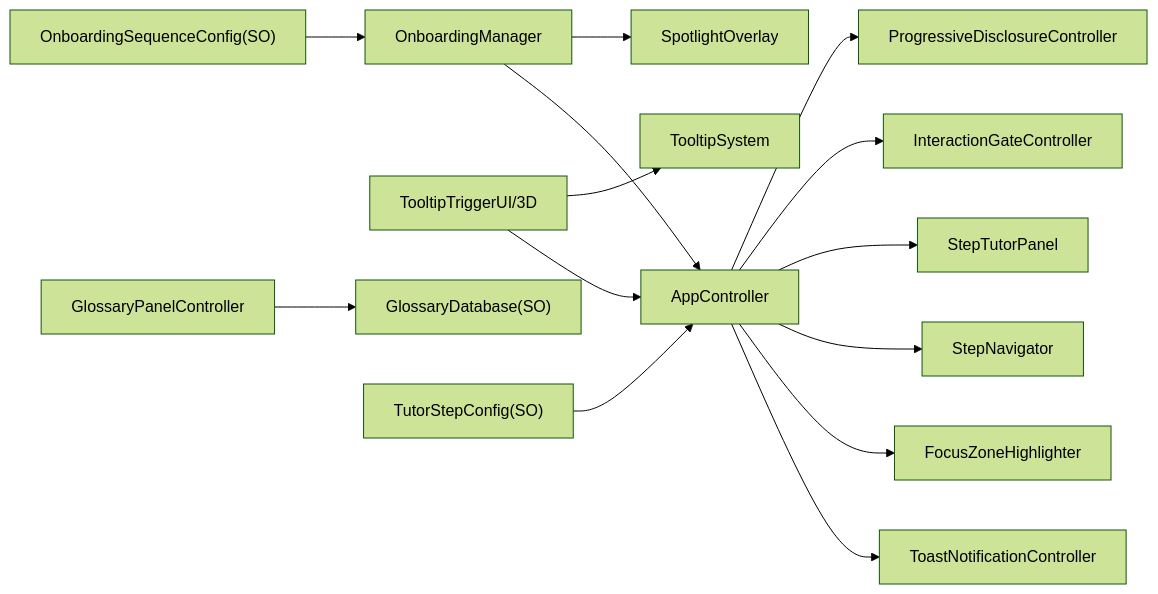
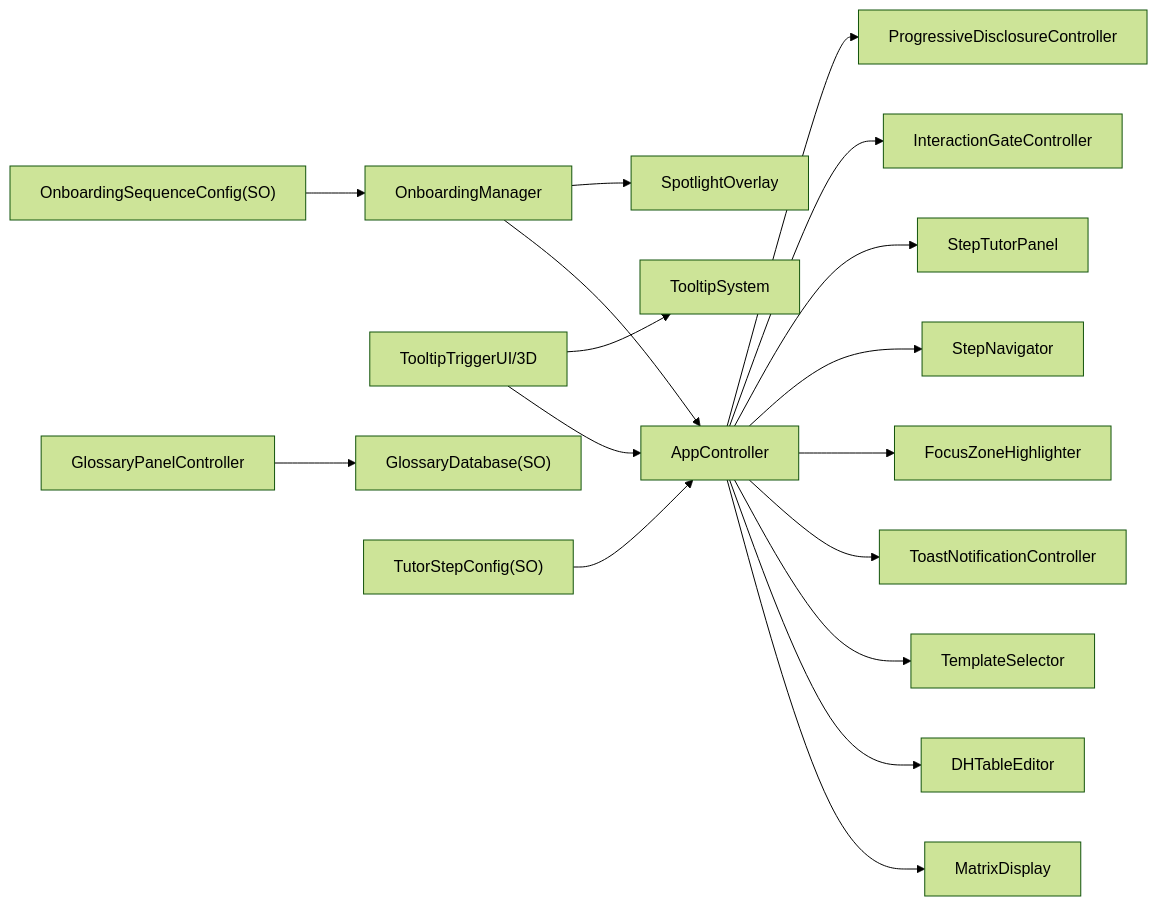
The first of 3 diagrams in docs/ref/architecture-diagrams.md (kimjuyoung1127/robotapp), drawn with Mermaid (forest theme) before and after one commit. The commit also changed other lines of this file and 21 other files, not shown here.

````diff
--- a/docs/ref/architecture-diagrams.md
+++ b/docs/ref/architecture-diagrams.md
@@ -8,20 +8,23 @@
 ```mermaid
 flowchart LR
   A["AppController"] --> B["ProgressiveDisclosureController"]
   A --> C["InteractionGateController"]
   A --> D["StepTutorPanel"]
   A --> E["StepNavigator"]
   A --> F["FocusZoneHighlighter"]
   A --> G["ToastNotificationController"]
+  A --> P["TemplateSelector"]
+  A --> Q["DHTableEditor"]
+  A --> R["MatrixDisplay"]
 
   H["OnboardingManager"] --> I["SpotlightOverlay"]
   H --> A
 
   J["TooltipTriggerUI/3D"] --> K["TooltipSystem"]
   J --> A
 
   L["GlossaryPanelController"] --> M["GlossaryDatabase(SO)"]
 
   N["TutorStepConfig(SO)"] --> A
   O["OnboardingSequenceConfig(SO)"] --> H
 ```
````
